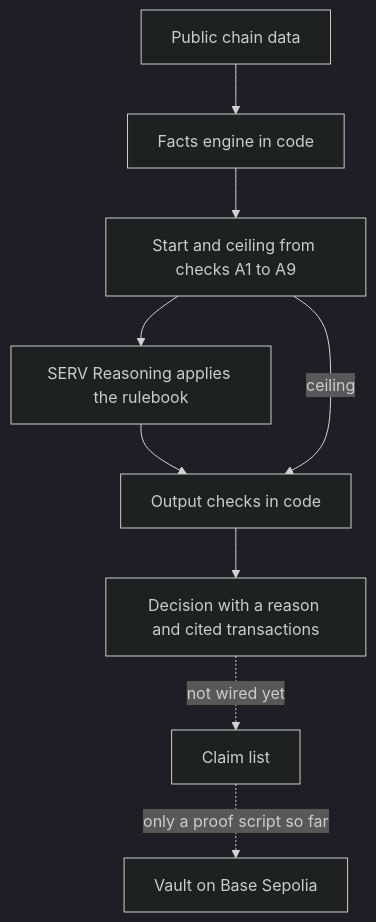
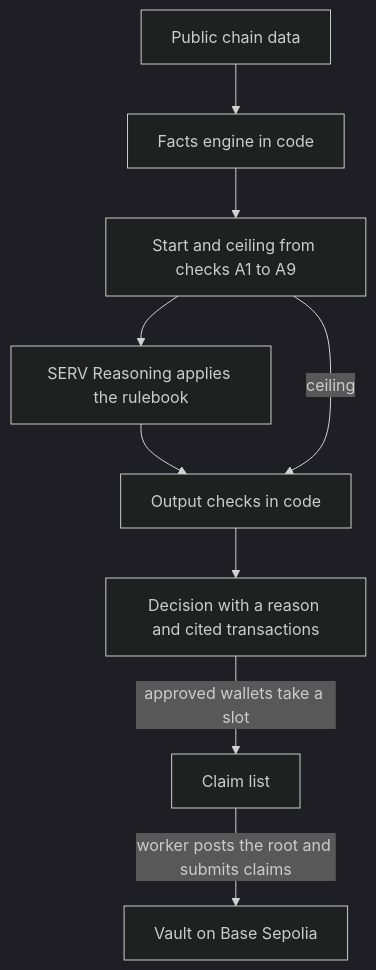
One commit to ramakrishnanhulk20/thuli changed the diagram in packages/web/content/docs/how-it-works.mdx. Above: the diagram before and after it, drawn with Mermaid (dark theme). The commit also changed other lines of this file and 35 other files, not shown here.

````diff
--- a/packages/web/content/docs/how-it-works.mdx
+++ b/packages/web/content/docs/how-it-works.mdx
@@ -8,11 +8,11 @@
 ```mermaid
 flowchart TD
   A[Public chain data] --> B[Facts engine in code]
   B --> C[Start and ceiling from checks A1 to A9]
   C --> D[SERV Reasoning applies the rulebook]
   D --> E[Output checks in code]
   C -->|ceiling| E
   E --> F[Decision with a reason and cited transactions]
-  F -.->|not wired yet| G[Claim list]
-  G -.->|only a proof script so far| H[Vault on Base Sepolia]
+  F -->|approved wallets take a slot| G[Claim list]
+  G -->|worker posts the root and submits claims| H[Vault on Base Sepolia]
 ```
````
